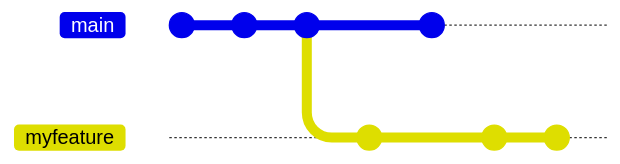
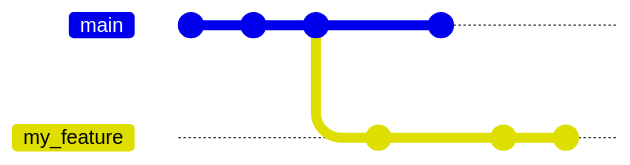
Before and after one commit to kf-ga/kf-ga.github.io: the second of 3 diagrams in _sources/0_introduction/04_git.md, drawn with Mermaid. The commit also changed other lines of this file and 7 other files, not shown here. Commit ids are hidden.

````diff
--- a/_sources/0_introduction/04_git.md
+++ b/_sources/0_introduction/04_git.md
@@ -227,15 +227,15 @@
 ```{mermaid}
 gitGraph
     commit
     commit
     commit
-    branch myfeature
-    checkout myfeature
+    branch my_feature
+    checkout my_feature
     commit
     checkout main
     commit
     checkout main
-    checkout myfeature
+    checkout my_feature
     commit
     commit
 ```
````
